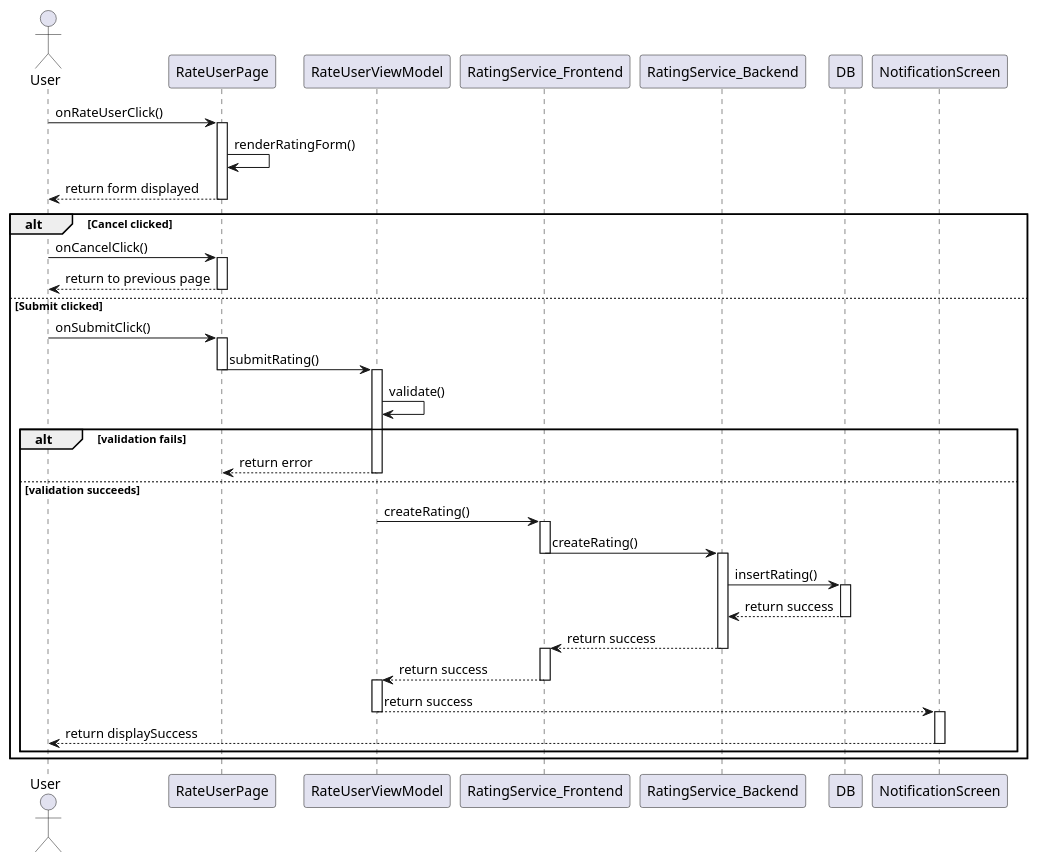
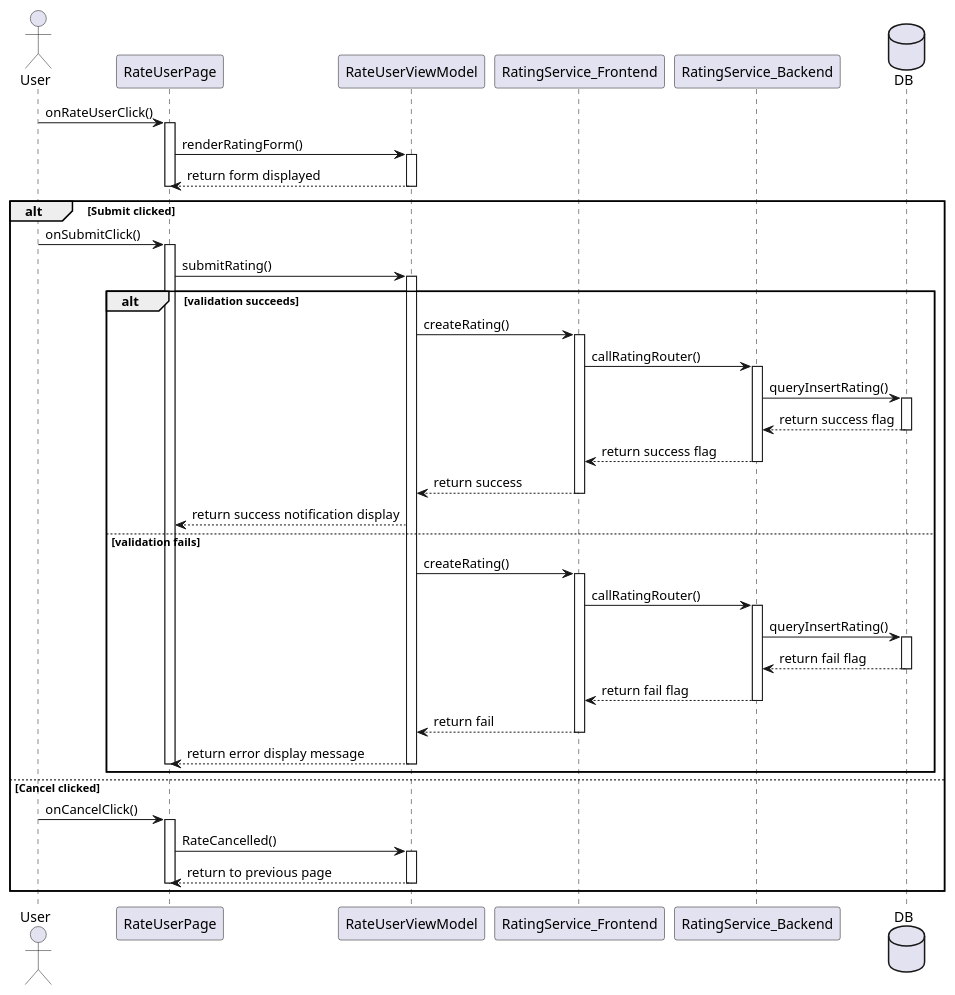
Before and after one commit to YannisRavasopoulos/ProjectSD_S6: the diagram in reports/sequence/rate-user.plantuml, drawn with PlantUML. The commit also changed 3 other files, not shown here.

Commit message:
Updated versions of Accept and Confirm pickup, Rate user and redeem reward sequence

```diff
--- a/reports/sequence/rate-user.plantuml
+++ b/reports/sequence/rate-user.plantuml
@@ -1,65 +1,90 @@
 @startuml
 actor User
 
 ' Layers in horizontal order:
 participant RateUserPage
 participant RateUserViewModel
 participant RatingService_Frontend
 participant RatingService_Backend
-participant DB
-participant NotificationScreen
+database DB
+
 
 
 User -> RateUserPage            : onRateUserClick()
 activate RateUserPage
-RateUserPage -> RateUserPage    : renderRatingForm()
-RateUserPage --> User           : return form displayed
+RateUserPage -> RateUserViewModel    : renderRatingForm()
+activate RateUserViewModel
+RateUserViewModel --> RateUserPage           : return form displayed
+deactivate RateUserViewModel
 deactivate RateUserPage
 
 
-    alt Cancel clicked
-        User -> RateUserPage    : onCancelClick()
-        activate RateUserPage
-        RateUserPage --> User   : return to previous page
-        deactivate RateUserPage
-    else Submit clicked
+    
+    alt Submit clicked
         User -> RateUserPage    : onSubmitClick()
         activate RateUserPage
         RateUserPage -> RateUserViewModel : submitRating()
-        deactivate RateUserPage
+        
 
         activate RateUserViewModel
-        RateUserViewModel -> RateUserViewModel : validate()
-        alt validation fails
-            RateUserViewModel --> RateUserPage : return error
-            deactivate RateUserViewModel
-        else validation succeeds
+     
+       
+        alt validation succeeds
             RateUserViewModel -> RatingService_Frontend : createRating()
-            deactivate RateUserViewModel
+           
 
             activate RatingService_Frontend
-            RatingService_Frontend -> RatingService_Backend : createRating()
-            deactivate RatingService_Frontend
+            RatingService_Frontend -> RatingService_Backend : callRatingRouter()
+            
 
             activate RatingService_Backend
-            RatingService_Backend -> DB : insertRating()
+            RatingService_Backend -> DB : queryInsertRating()
             activate DB
-            DB --> RatingService_Backend : return success
+            DB --> RatingService_Backend : return success flag
             deactivate DB
-            RatingService_Backend --> RatingService_Frontend : return success
+            RatingService_Backend --> RatingService_Frontend : return success flag
             deactivate RatingService_Backend
 
-            activate RatingService_Frontend
+            
             RatingService_Frontend --> RateUserViewModel : return success
             deactivate RatingService_Frontend
 
-            activate RateUserViewModel
-            RateUserViewModel --> NotificationScreen : return success
+            
+            RateUserViewModel --> RateUserPage : return success notification display
+            
+
+            else validation fails
+            RateUserViewModel -> RatingService_Frontend : createRating()
+           
+
+            activate RatingService_Frontend
+            RatingService_Frontend -> RatingService_Backend : callRatingRouter()
+           
+
+            activate RatingService_Backend
+            RatingService_Backend -> DB : queryInsertRating()
+            activate DB
+            DB --> RatingService_Backend : return fail flag
+            deactivate DB
+            RatingService_Backend --> RatingService_Frontend : return fail flag
+            deactivate RatingService_Backend
+
+            
+            RatingService_Frontend --> RateUserViewModel : return fail
+            deactivate RatingService_Frontend
+ 
+
+            RateUserViewModel --> RateUserPage : return error display message
             deactivate RateUserViewModel
-
-            activate NotificationScreen
-            NotificationScreen --> User : return displaySuccess
-            deactivate NotificationScreen
+            deactivate RateUserPage
         end
+      else Cancel clicked
+        User -> RateUserPage    : onCancelClick()
+        activate RateUserPage
+        RateUserPage -> RateUserViewModel  : RateCancelled()
+        activate RateUserViewModel
+        RateUserViewModel --> RateUserPage   : return to previous page
+        deactivate RateUserViewModel
+        deactivate RateUserPage
     end
 @enduml
```
